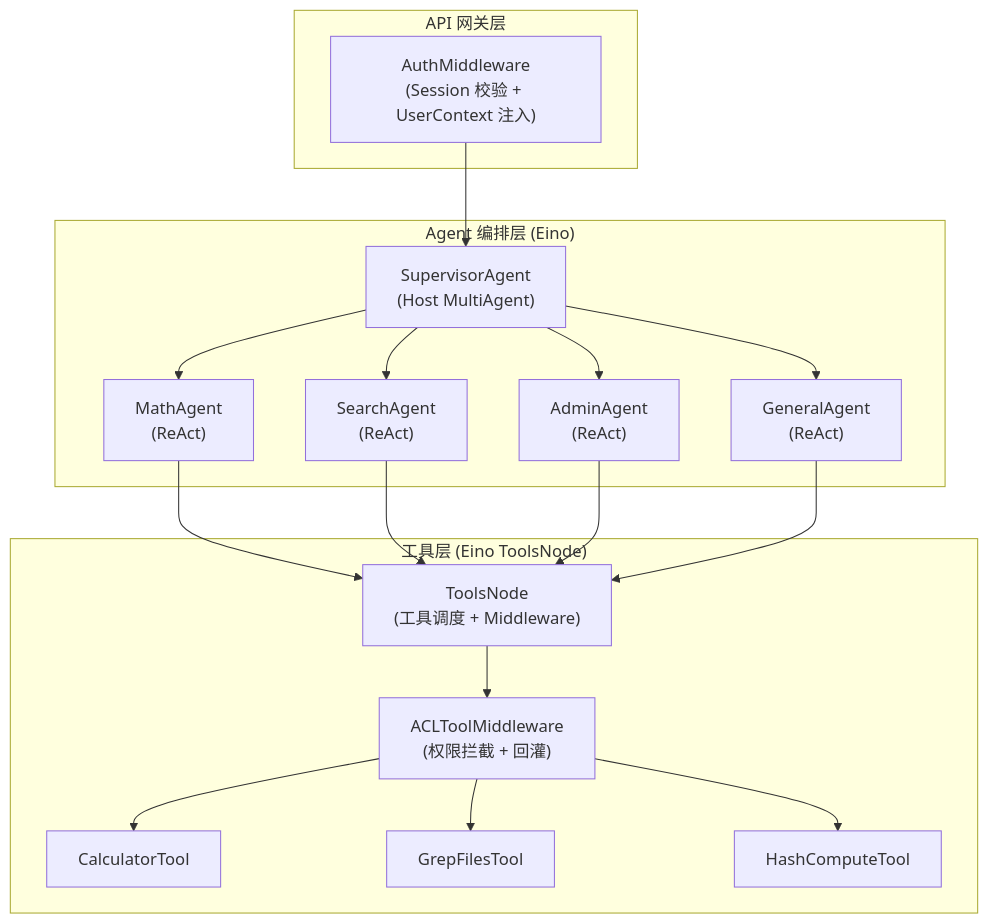
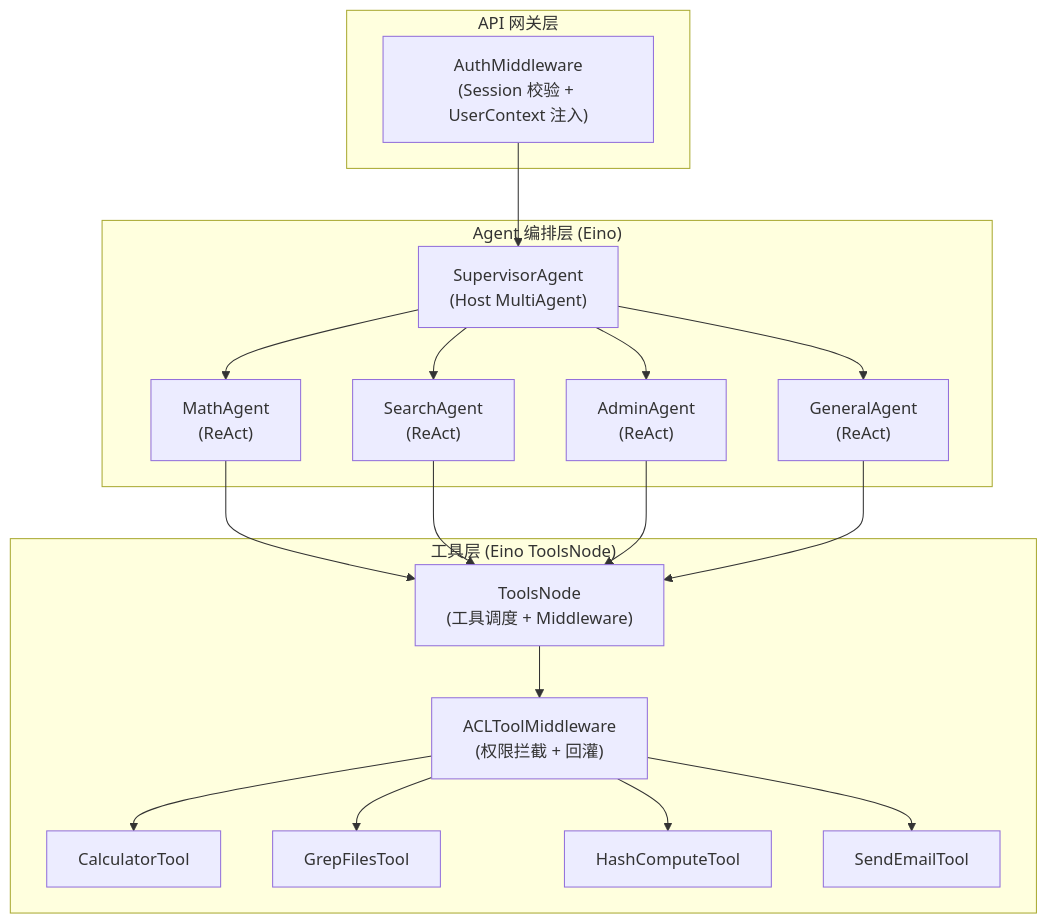
One commit to cling-2/Agent-Basic-Framework changed the first of 6 diagrams in docs/DOC-02.md. Above: the diagram before and after it, drawn with Mermaid. The commit also changed other lines of this file and 23 other files, not shown here.

````diff
--- a/docs/DOC-02.md
+++ b/docs/DOC-02.md
@@ -41,27 +41,28 @@
 ```mermaid
 flowchart TB
     subgraph Gateway["API 网关层"]
         MW["AuthMiddleware<br/>(Session 校验 + UserContext 注入)"]
     end
 
     subgraph AgentLayer["Agent 编排层 (Eino)"]
         SA["SupervisorAgent<br/>(Host MultiAgent)"]
         MA["MathAgent<br/>(ReAct)"]
         SEA["SearchAgent<br/>(ReAct)"]
         AA["AdminAgent<br/>(ReAct)"]
         GA["GeneralAgent<br/>(ReAct)"]
     end
 
     subgraph ToolLayer["工具层 (Eino ToolsNode)"]
         TN["ToolsNode<br/>(工具调度 + Middleware)"]
         TM["ACLToolMiddleware<br/>(权限拦截 + 回灌)"]
         T1["CalculatorTool"]
         T2["GrepFilesTool"]
         T3["HashComputeTool"]
+        T4["SendEmailTool"]
     end
 
     MW --> SA
     SA --> MA & SEA & AA & GA
     MA & SEA & AA & GA --> TN
-    TN --> TM --> T1 & T2 & T3
+    TN --> TM --> T1 & T2 & T3 & T4
 ```
````
